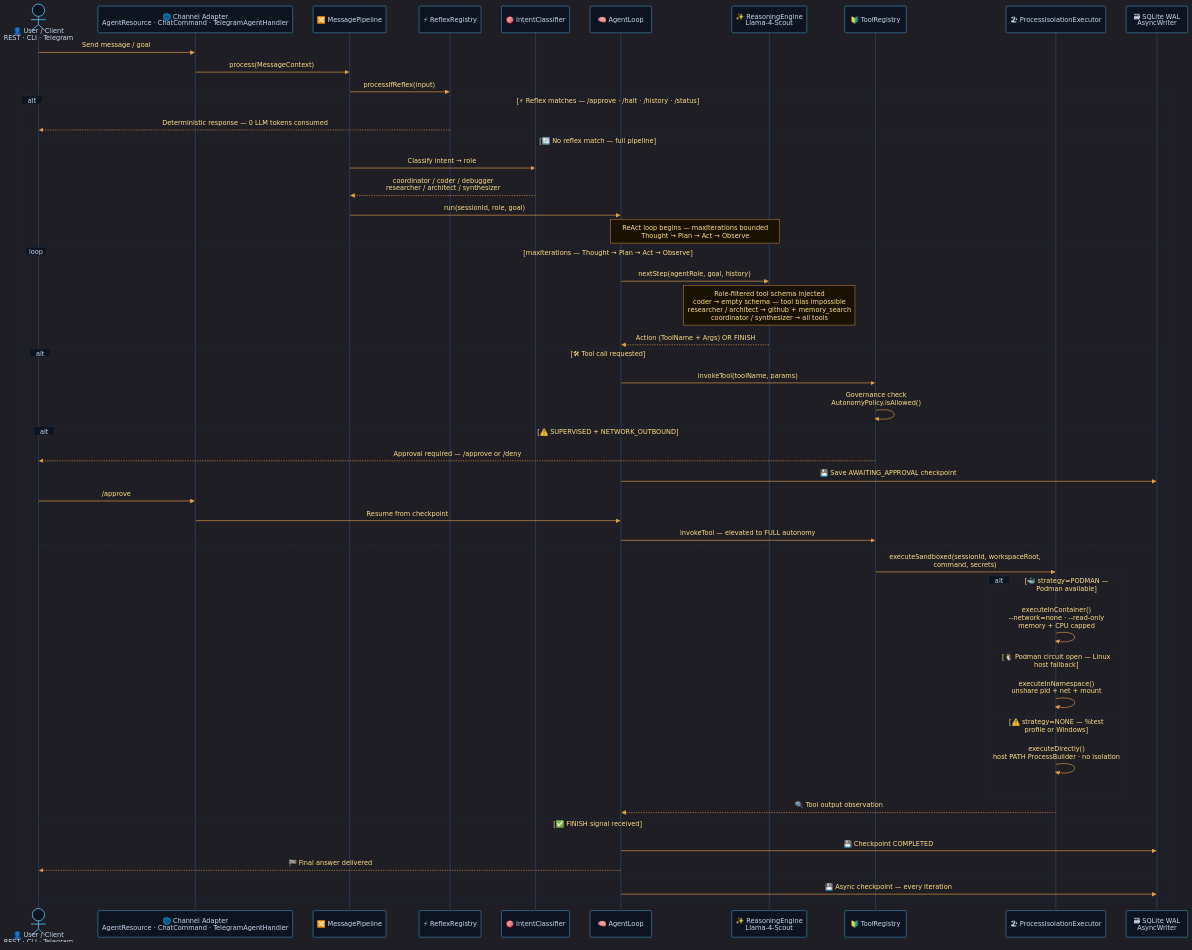
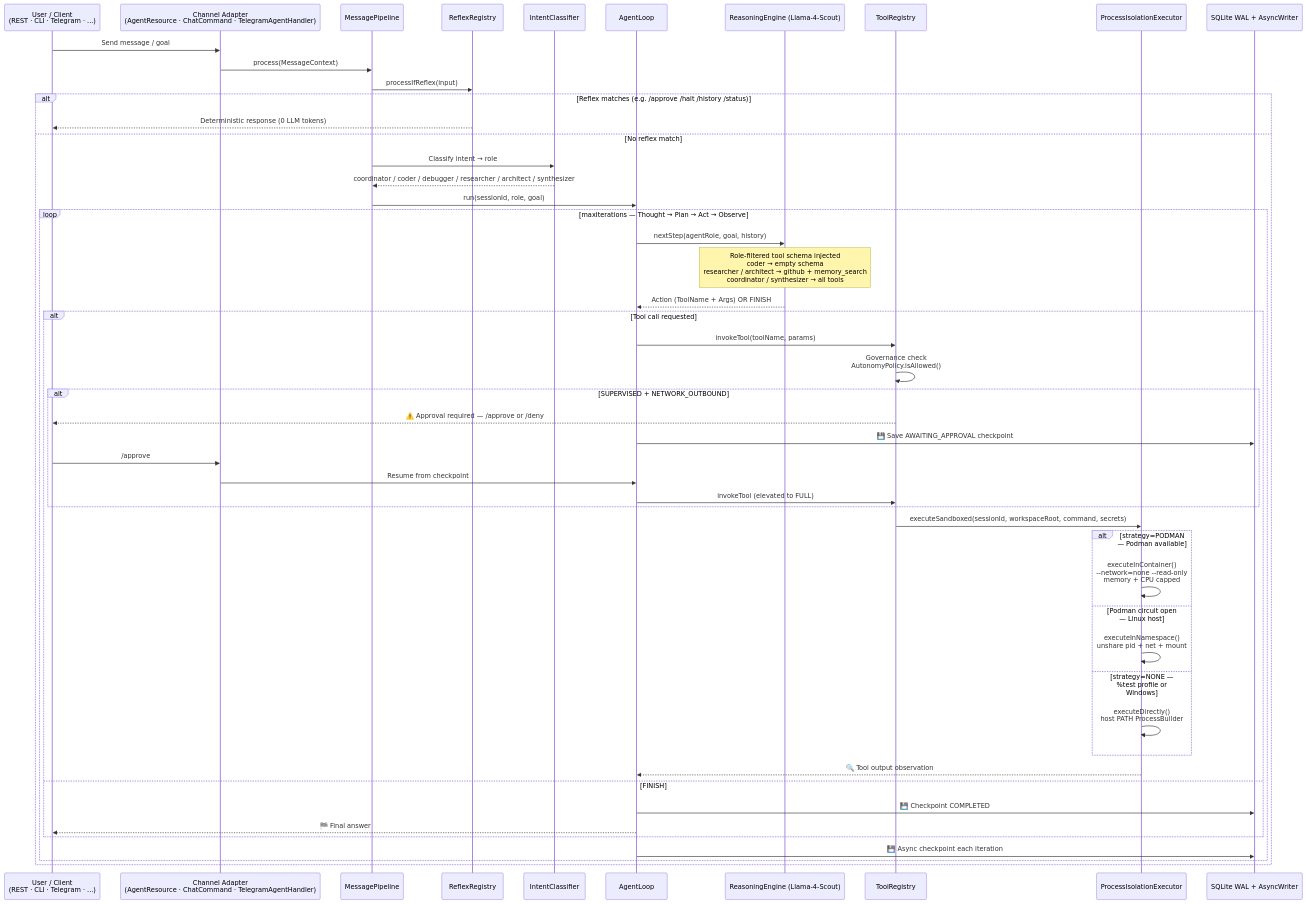
One commit to rsrini7/AmshaAgent changed the fourth of 8 diagrams in README.md. Above: the diagram before and after it, drawn with Mermaid. The commit also changed other lines of this file, not shown here.

First line of the commit message:
docs: simplify mermaid diagrams in README for better readability

````diff
--- a/README.md
+++ b/README.md
@@ -330,65 +306,61 @@
 ```mermaid
-%%{init: {'theme': 'dark', 'themeVariables': {'primaryColor': '#1e2d45', 'primaryTextColor': '#c9d8ee', 'primaryBorderColor': '#4fc3f7', 'lineColor': '#e8a045', 'activationBorderColor': '#e8a045', 'activationBkgColor': '#1a2a3a', 'actorBkg': '#0d1420', 'actorBorder': '#4fc3f7', 'actorTextColor': '#c9d8ee', 'actorLineColor': '#2a4060', 'signalColor': '#e8a045', 'signalTextColor': '#ffe082', 'labelBoxBkgColor': '#0d1420', 'labelBoxBorderColor': '#1e2d45', 'labelTextColor': '#c9d8ee', 'loopTextColor': '#ffe082', 'noteBkgColor': '#1a1200', 'noteBorderColor': '#e8a045', 'noteTextColor': '#ffe082', 'fontSize': '13px'}}}%%
 sequenceDiagram
-    actor U as 👤 User / Client<br/>REST · CLI · Telegram
-    participant CH as 🌐 Channel Adapter<br/>AgentResource · ChatCommand · TelegramAgentHandler
-    participant PP as 🔀 MessagePipeline
-    participant RR as ⚡ ReflexRegistry
-    participant IC as 🎯 IntentClassifier
-    participant AL as 🧠 AgentLoop
-    participant LLM as ✨ ReasoningEngine<br/>Llama-4-Scout
-    participant TR as 🔰 ToolRegistry
-    participant PIE as 🏖 ProcessIsolationExecutor
-    participant DB as 🗃 SQLite WAL<br/>AsyncWriter
+    participant U as User / Client<br/>(REST · CLI · Telegram · ...)
+    participant CH as Channel Adapter<br/>(AgentResource · ChatCommand · TelegramAgentHandler)
+    participant PP as MessagePipeline
+    participant RR as ReflexRegistry
+    participant IC as IntentClassifier
+    participant AL as AgentLoop
+    participant LLM as ReasoningEngine (Llama-4-Scout)
+    participant TR as ToolRegistry
+    participant PIE as ProcessIsolationExecutor
+    participant DB as SQLite WAL + AsyncWriter
 
     U->>CH: Send message / goal
     CH->>PP: process(MessageContext)
 
     PP->>RR: processIfReflex(input)
-
-    alt ⚡ Reflex matches — /approve · /halt · /history · /status
-        RR-->>U: Deterministic response — 0 LLM tokens consumed
-    else 🔄 No reflex match — full pipeline
+    alt Reflex matches (e.g. /approve /halt /history /status)
+        RR-->>U: Deterministic response (0 LLM tokens)
+    else No reflex match
         PP->>IC: Classify intent → role
-        IC-->>PP: coordinator / coder / debugger<br/>researcher / architect / synthesizer
+        IC-->>PP: coordinator / coder / debugger / researcher / architect / synthesizer
         PP->>AL: run(sessionId, role, goal)
-
-        Note over AL,LLM: ReAct loop begins — maxIterations bounded<br/>Thought → Plan → Act → Observe
 
         loop maxIterations — Thought → Plan → Act → Observe
             AL->>LLM: nextStep(agentRole, goal, history)
-            Note over LLM: Role-filtered tool schema injected<br/>coder → empty schema — tool bias impossible<br/>researcher / architect → github + memory_search<br/>coordinator / synthesizer → all tools
+            Note over LLM: Role-filtered tool schema injected<br/>coder → empty schema<br/>researcher / architect → github + memory_search<br/>coordinator / synthesizer → all tools
             LLM-->>AL: Action (ToolName + Args) OR FINISH
 
-            alt 🛠 Tool call requested
+            alt Tool call requested
                 AL->>TR: invokeTool(toolName, params)
                 TR->>TR: Governance check<br/>AutonomyPolicy.isAllowed()
 
-                alt ⚠️ SUPERVISED + NETWORK_OUTBOUND
-                    TR-->>U: Approval required — /approve or /deny
+                alt SUPERVISED + NETWORK_OUTBOUND
+                    TR-->>U: ⚠️ Approval required — /approve or /deny
                     AL->>DB: 💾 Save AWAITING_APPROVAL checkpoint
                     U->>CH: /approve
                     CH->>AL: Resume from checkpoint
-                    AL->>TR: invokeTool — elevated to FULL autonomy
+                    AL->>TR: invokeTool (elevated to FULL)
                 end
 
-                TR->>PIE: executeSandboxed(sessionId, workspaceRoot,<br/>command, secrets)
+                TR->>PIE: executeSandboxed(sessionId, workspaceRoot, command, secrets)
 
-                alt 🐳 strategy=PODMAN — Podman available
-                    PIE->>PIE: executeInContainer()<br/>--network=none · --read-only<br/>memory + CPU capped
-                else 🐧 Podman circuit open — Linux host fallback
+                alt strategy=PODMAN — Podman available
+                    PIE->>PIE: executeInContainer()<br/>--network=none --read-only<br/>memory + CPU capped
+                else Podman circuit open — Linux host
                     PIE->>PIE: executeInNamespace()<br/>unshare pid + net + mount
-                else ⚠️ strategy=NONE — %test profile or Windows
-                    PIE->>PIE: executeDirectly()<br/>host PATH ProcessBuilder · no isolation
+                else strategy=NONE — %test profile or Windows
+                    PIE->>PIE: executeDirectly()<br/>host PATH ProcessBuilder
                 end
 
                 PIE-->>AL: 🔍 Tool output observation
-            else ✅ FINISH signal received
+            else FINISH
                 AL->>DB: 💾 Checkpoint COMPLETED
-                AL-->>U: 🏁 Final answer delivered
+                AL-->>U: 🏁 Final answer
             end
 
-            AL->>DB: 💾 Async checkpoint — every iteration
+            AL->>DB: 💾 Async checkpoint each iteration
         end
     end
 ```
````
